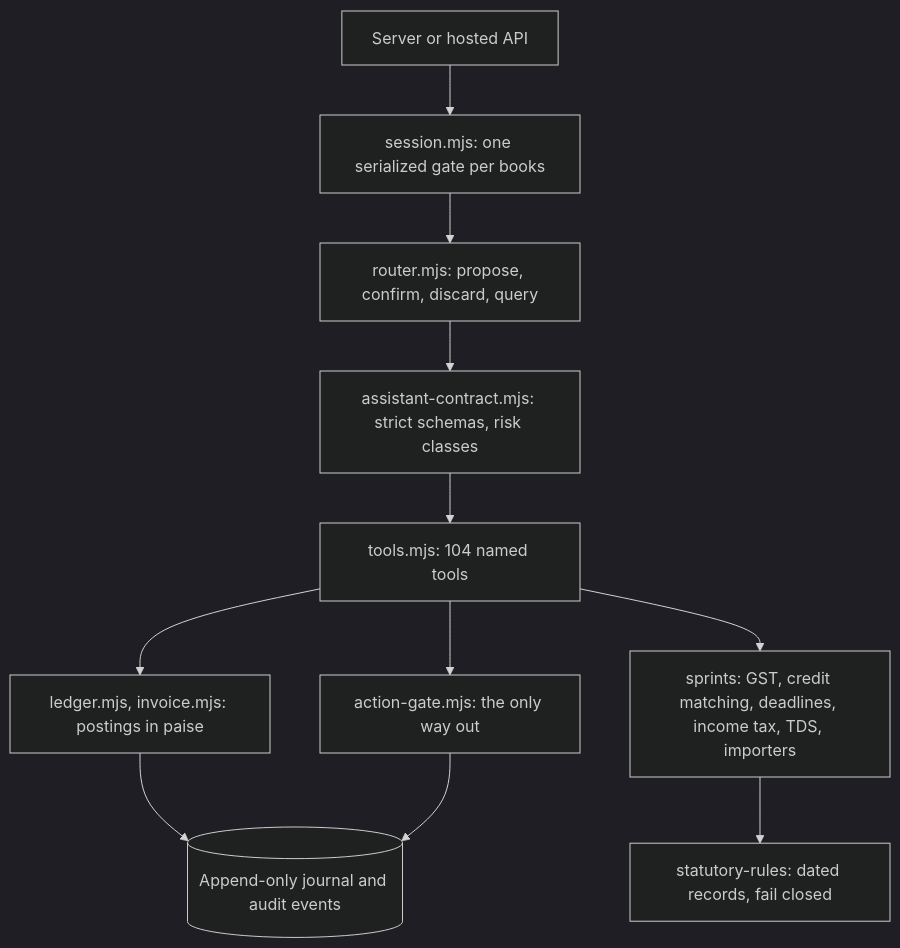
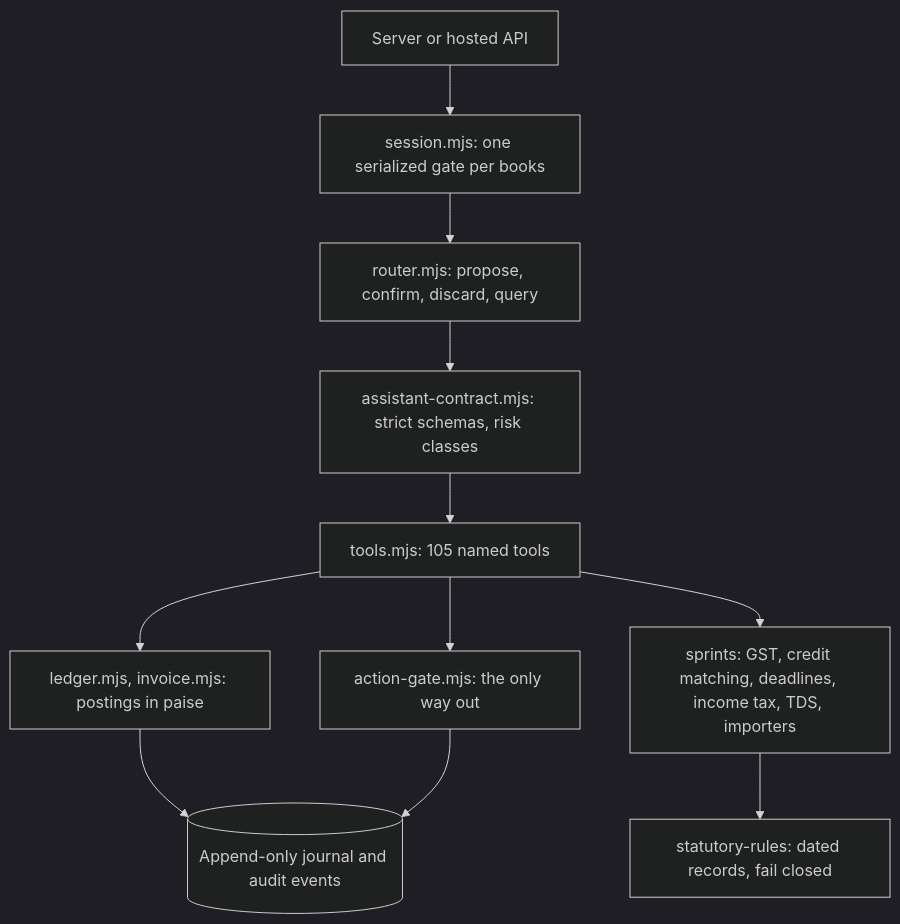
One commit to Vidyuthlabstechnologies/myca changed the second of 3 diagrams in docs/architecture/ARCHITECTURE.md. Above: the diagram before and after it, drawn with Mermaid (dark theme). The commit also changed other lines of this file and 27 other files, not shown here.

````diff
--- a/docs/architecture/ARCHITECTURE.md
+++ b/docs/architecture/ARCHITECTURE.md
@@ -56,13 +56,13 @@
 ```mermaid
 flowchart TD
   caller[Server or hosted API] --> session[session.mjs: one serialized gate per books]
   session --> router[router.mjs: propose, confirm, discard, query]
   router --> contract[assistant-contract.mjs: strict schemas, risk classes]
-  contract --> tools[tools.mjs: 104 named tools]
+  contract --> tools[tools.mjs: 105 named tools]
   tools --> ledger[ledger.mjs, invoice.mjs: postings in paise]
   tools --> engines[sprints: GST, credit matching, deadlines, income tax, TDS, importers]
   tools --> gate[action-gate.mjs: the only way out]
   engines --> rules[statutory-rules: dated records, fail closed]
   ledger --> journal[(Append-only journal and audit events)]
   gate --> journal
 ```
````
